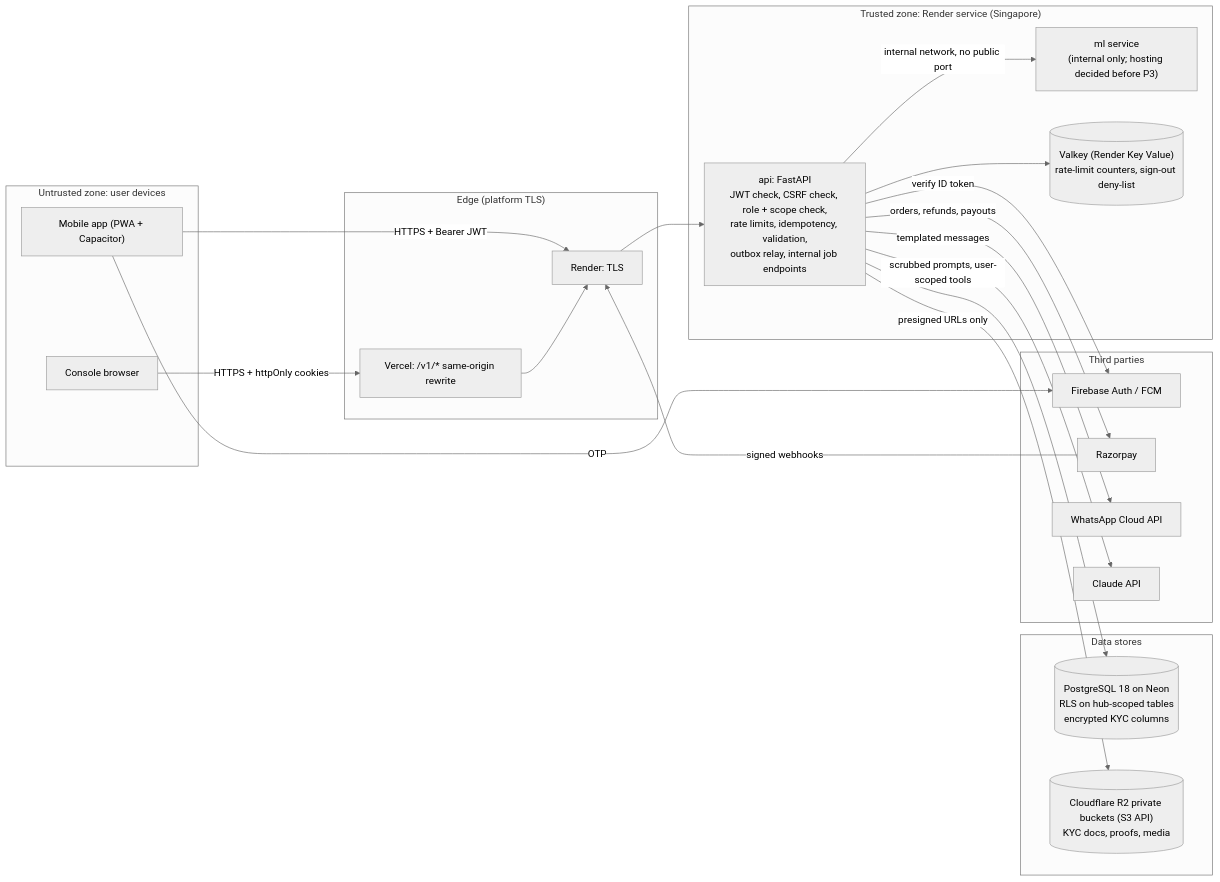
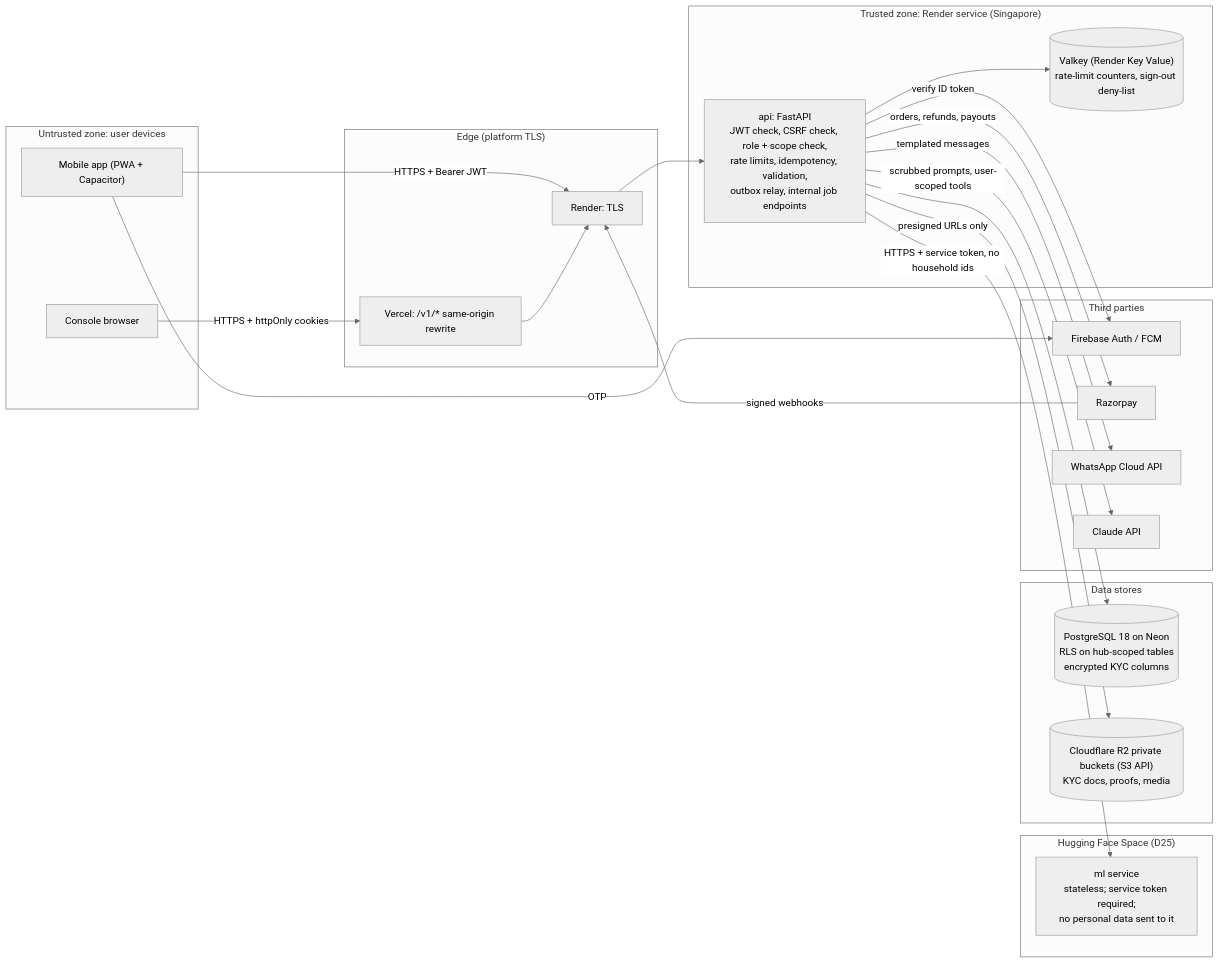
The diagram in docs/handbook/13-security-and-compliance.md (prelekar7/GharBasket), drawn with Mermaid (neutral theme) before and after one commit. The commit also changed other lines of this file and 16 other files, not shown here.

````diff
--- a/docs/handbook/13-security-and-compliance.md
+++ b/docs/handbook/13-security-and-compliance.md
@@ -22,45 +22,48 @@
 ```mermaid
 flowchart LR
     subgraph Devices["Untrusted zone: user devices"]
         MOB["Mobile app (PWA + Capacitor)"]
         WEB["Console browser"]
     end
 
     subgraph Edge["Edge (platform TLS)"]
         VER["Vercel: /v1/* same-origin rewrite"]
         RTLS["Render: TLS"]
     end
 
     subgraph Trusted["Trusted zone: Render service (Singapore)"]
         API["api: FastAPI\nJWT check, CSRF check, role + scope check,\nrate limits, idempotency, validation,\noutbox relay, internal job endpoints"]
-        ML["ml service\n(internal only; hosting decided before P3)"]
         VK[("Valkey (Render Key Value)\nrate-limit counters, sign-out deny-list")]
+    end
+
+    subgraph Space["Hugging Face Space (D25)"]
+        ML["ml service\nstateless; service token required;\nno personal data sent to it"]
     end
 
     subgraph Data["Data stores"]
         PG[("PostgreSQL 18 on Neon\nRLS on hub-scoped tables\nencrypted KYC columns")]
         S3[("Cloudflare R2 private buckets (S3 API)\nKYC docs, proofs, media")]
     end
 
     subgraph External["Third parties"]
         FB["Firebase Auth / FCM"]
         RZP["Razorpay"]
         WA["WhatsApp Cloud API"]
         LLM["Claude API"]
     end
 
     MOB -- "HTTPS + Bearer JWT" --> RTLS
     WEB -- "HTTPS + httpOnly cookies" --> VER
     VER --> RTLS
     RTLS --> API
     API --> PG
     API --> VK
     API -- "presigned URLs only" --> S3
-    API -- "internal network, no public port" --> ML
+    API -- "HTTPS + service token, no household ids" --> ML
     MOB -- "OTP" --> FB
     API -- "verify ID token" --> FB
     RZP -- "signed webhooks" --> RTLS
     API -- "orders, refunds, payouts" --> RZP
     API -- "templated messages" --> WA
     API -- "scrubbed prompts, user-scoped tools" --> LLM
 ```
````
